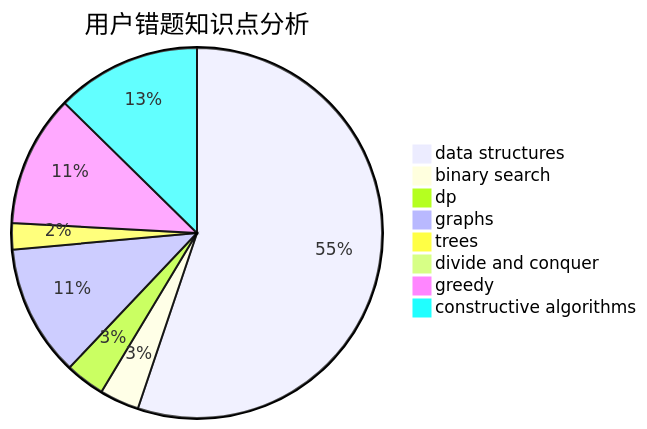
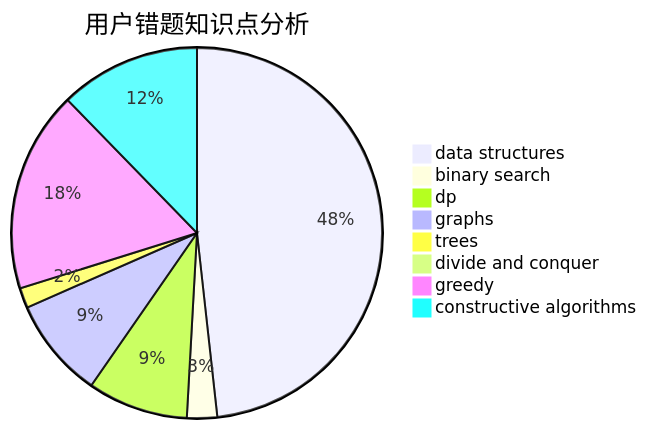
Before and after one commit to sherpahu/cfrs.github.io: the third of 3 diagrams in docs/user/u2660.md, drawn with Mermaid. The commit also changed other lines of this file and 2770 other files, not shown here.

````diff
--- a/docs/user/u2660.md
+++ b/docs/user/u2660.md
@@ -36,11 +36,11 @@
 ```mermaid
 pie title 用户错题知识点分析
-    "data structures" :  48
+    "data structures" :  55
     "binary search" :  3
-    "dp" :  3
+    "dp" :  10
     "graphs" :  10
     "trees" :  2
     "divide and conquer" :  0
-    "greedy" :  10
-    "constructive algorithms" :  11
+    "greedy" :  20
+    "constructive algorithms" :  14
 ```
````
